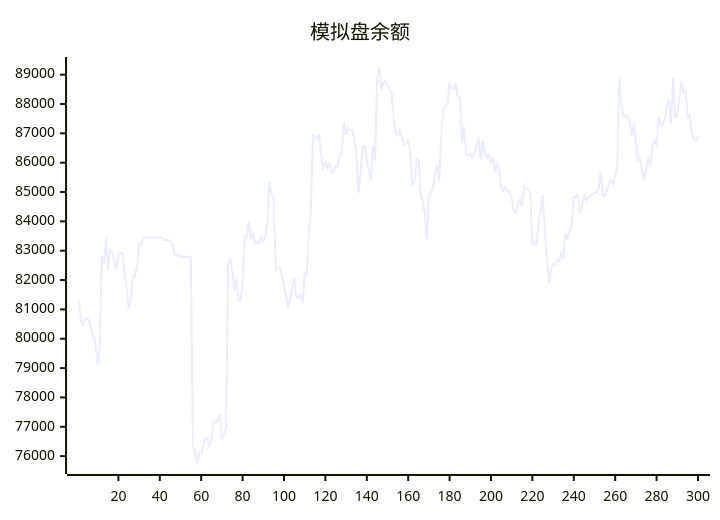
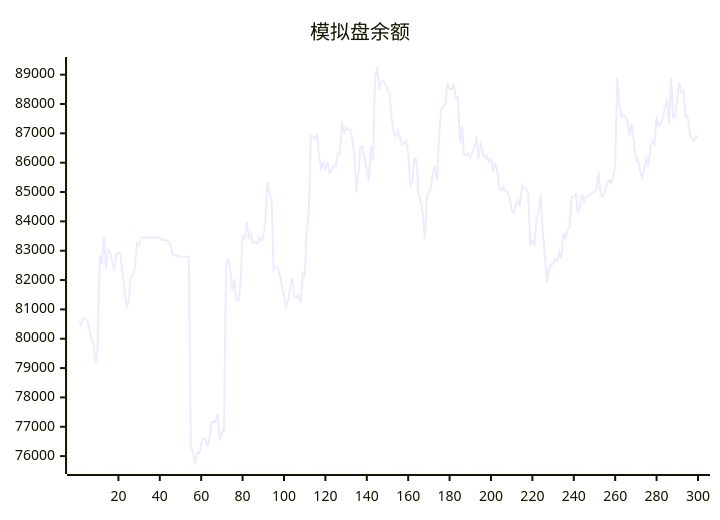
The diagram in README.md (aahl/ai-trading), drawn with Mermaid before and after one commit. The commit also changed other lines of this file and 1 other file, not shown here.

````diff
--- a/README.md
+++ b/README.md
@@ -5,5 +5,5 @@
 ```mermaid
 xychart
     title "模拟盘余额"
-    line [81277,80600,80461,80699,80673,80616,80288,80038,79836,79142,79722,82837,82533,83480,82366,83032,82960,82654,82330,82883,82934,82901,82188,81728,81005,81298,82110,82135,82449,83264,83203,83440,83439,83440,83440,83446,83447,83448,83447,83448,83449,83369,83369,83369,83313,83256,82872,82873,82801,82844,82785,82791,82791,82793,82794,76339,76145,75714,76110,76096,76397,76594,76585,76310,76607,77160,77170,77160,77456,76541,76774,76927,82520,82744,82337,81639,82040,81307,81314,81887,83490,83414,83984,83396,83594,83261,83287,83253,83470,83327,83465,83987,85348,84930,84786,82355,82433,82438,82167,81795,81466,81105,81315,81756,82064,81426,81398,81481,81210,82242,82099,83658,84359,86925,86892,86814,86980,86203,85802,86003,85811,86028,85657,85721,85896,85880,86300,86299,87378,86965,87214,87115,87118,86780,86238,84966,85623,86555,86562,86129,85722,85387,86569,86070,88870,89278,88477,88720,88781,88668,88467,88372,87493,87018,86917,87102,86870,86613,86644,86758,86317,85242,85334,86149,86106,84968,84671,84302,83410,84816,85001,85127,85693,85891,85384,87001,87811,87945,88007,88734,88528,88495,88705,88189,88248,86662,87234,86279,86251,86314,86177,86364,86503,86886,86114,86731,86310,86176,86240,86017,86136,85685,85938,85749,85111,85044,85164,85016,85008,84824,84354,84287,84572,84745,84500,85234,85096,85095,84970,83180,83338,83157,84070,84309,84922,83667,82850,81924,82369,82552,82539,82695,82648,82962,82728,83619,83378,83710,83825,84819,84854,84917,84265,84527,84919,84668,84834,84850,84916,84981,85004,85131,85674,84891,84864,85019,85284,85393,85294,85538,85894,88904,88012,87567,87625,87568,87386,86920,87313,86737,86094,86143,85725,85437,85787,86219,85859,86526,86740,86630,87563,87264,87335,87483,87886,88180,87335,88894,87544,87608,88207,88755,88401,88444,87543,87608,87000,86810,86740,86894]
+    line [80600,80461,80699,80673,80616,80288,80038,79836,79142,79722,82837,82533,83480,82366,83032,82960,82654,82330,82883,82934,82901,82188,81728,81005,81298,82110,82135,82449,83264,83203,83440,83439,83440,83440,83446,83447,83448,83447,83448,83449,83369,83369,83369,83313,83256,82872,82873,82801,82844,82785,82791,82791,82793,82794,76339,76145,75714,76110,76096,76397,76594,76585,76310,76607,77160,77170,77160,77456,76541,76774,76927,82520,82744,82337,81639,82040,81307,81314,81887,83490,83414,83984,83396,83594,83261,83287,83253,83470,83327,83465,83987,85348,84930,84786,82355,82433,82438,82167,81795,81466,81105,81315,81756,82064,81426,81398,81481,81210,82242,82099,83658,84359,86925,86892,86814,86980,86203,85802,86003,85811,86028,85657,85721,85896,85880,86300,86299,87378,86965,87214,87115,87118,86780,86238,84966,85623,86555,86562,86129,85722,85387,86569,86070,88870,89278,88477,88720,88781,88668,88467,88372,87493,87018,86917,87102,86870,86613,86644,86758,86317,85242,85334,86149,86106,84968,84671,84302,83410,84816,85001,85127,85693,85891,85384,87001,87811,87945,88007,88734,88528,88495,88705,88189,88248,86662,87234,86279,86251,86314,86177,86364,86503,86886,86114,86731,86310,86176,86240,86017,86136,85685,85938,85749,85111,85044,85164,85016,85008,84824,84354,84287,84572,84745,84500,85234,85096,85095,84970,83180,83338,83157,84070,84309,84922,83667,82850,81924,82369,82552,82539,82695,82648,82962,82728,83619,83378,83710,83825,84819,84854,84917,84265,84527,84919,84668,84834,84850,84916,84981,85004,85131,85674,84891,84864,85019,85284,85393,85294,85538,85894,88904,88012,87567,87625,87568,87386,86920,87313,86737,86094,86143,85725,85437,85787,86219,85859,86526,86740,86630,87563,87264,87335,87483,87886,88180,87335,88894,87544,87608,88207,88755,88401,88444,87543,87608,87000,86810,86740,86894,86884]
 ```
````
